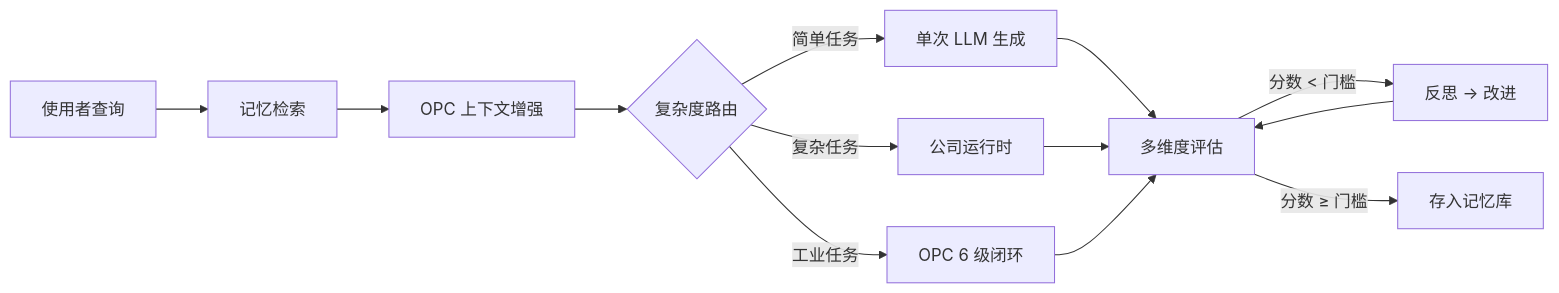
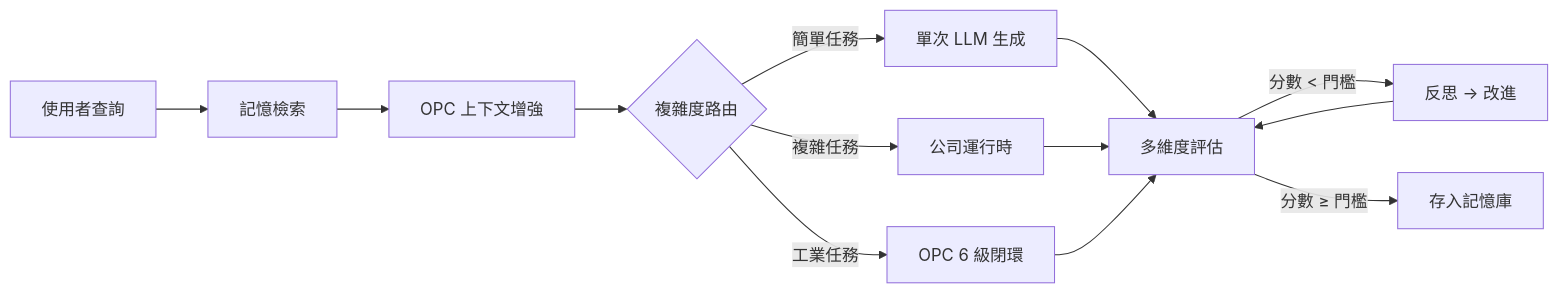
Before and after one commit to iiooiioo888/Evoloop: the diagram in README.md, drawn with Mermaid. The commit also changed other lines of this file and 4 other files, not shown here.

````diff
--- a/README.md
+++ b/README.md
@@ -52,15 +62,15 @@
 ```mermaid
 graph LR
-    A[使用者查询] --> B[记忆检索]
-    B --> C[OPC 上下文增强]
-    C --> D{复杂度路由}
-    D -->|简单任务| E[单次 LLM 生成]
-    D -->|复杂任务| F[公司运行时]
-    D -->|工业任务| G[OPC 6 级闭环]
-    E --> H[多维度评估]
+    A[使用者查詢] --> B[記憶檢索]
+    B --> C[OPC 上下文增強]
+    C --> D{複雜度路由}
+    D -->|簡單任務| E[單次 LLM 生成]
+    D -->|複雜任務| F[公司運行時]
+    D -->|工業任務| G[OPC 6 級閉環]
+    E --> H[多維度評估]
     F --> H
     G --> H
-    H -->|分数 < 门槛| I[反思 → 改进]
+    H -->|分數 < 門檻| I[反思 → 改進]
     I --> H
-    H -->|分数 ≥ 门槛| J[存入记忆库]
+    H -->|分數 ≥ 門檻| J[存入記憶庫]
 ```
````
